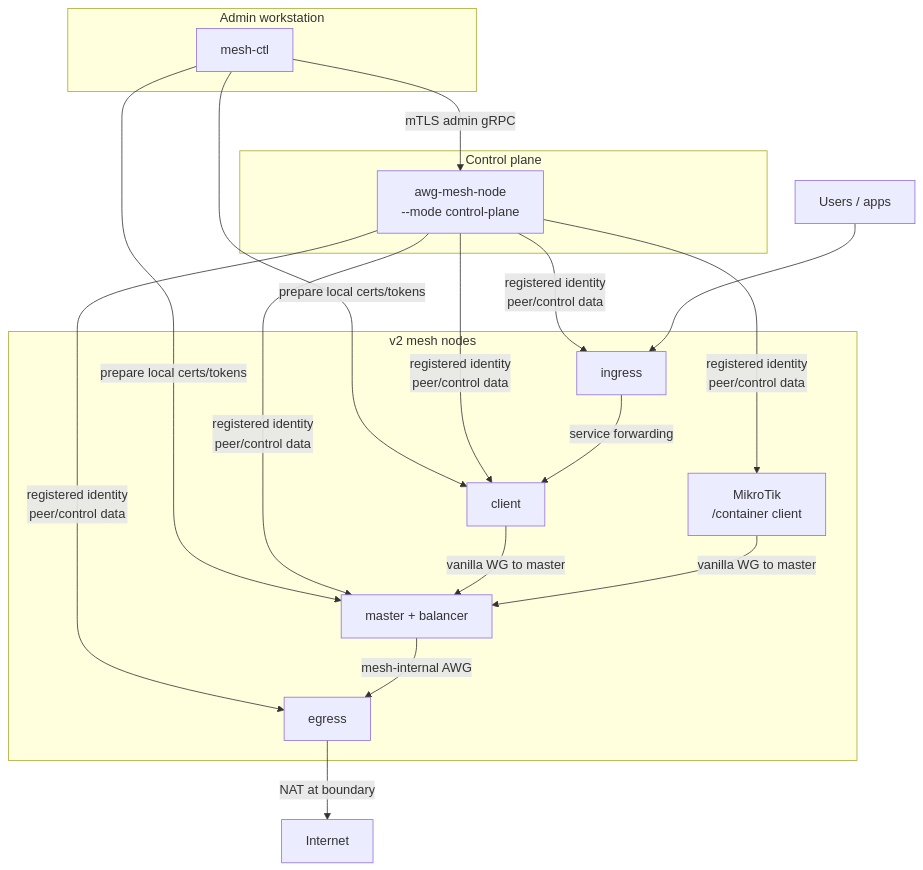
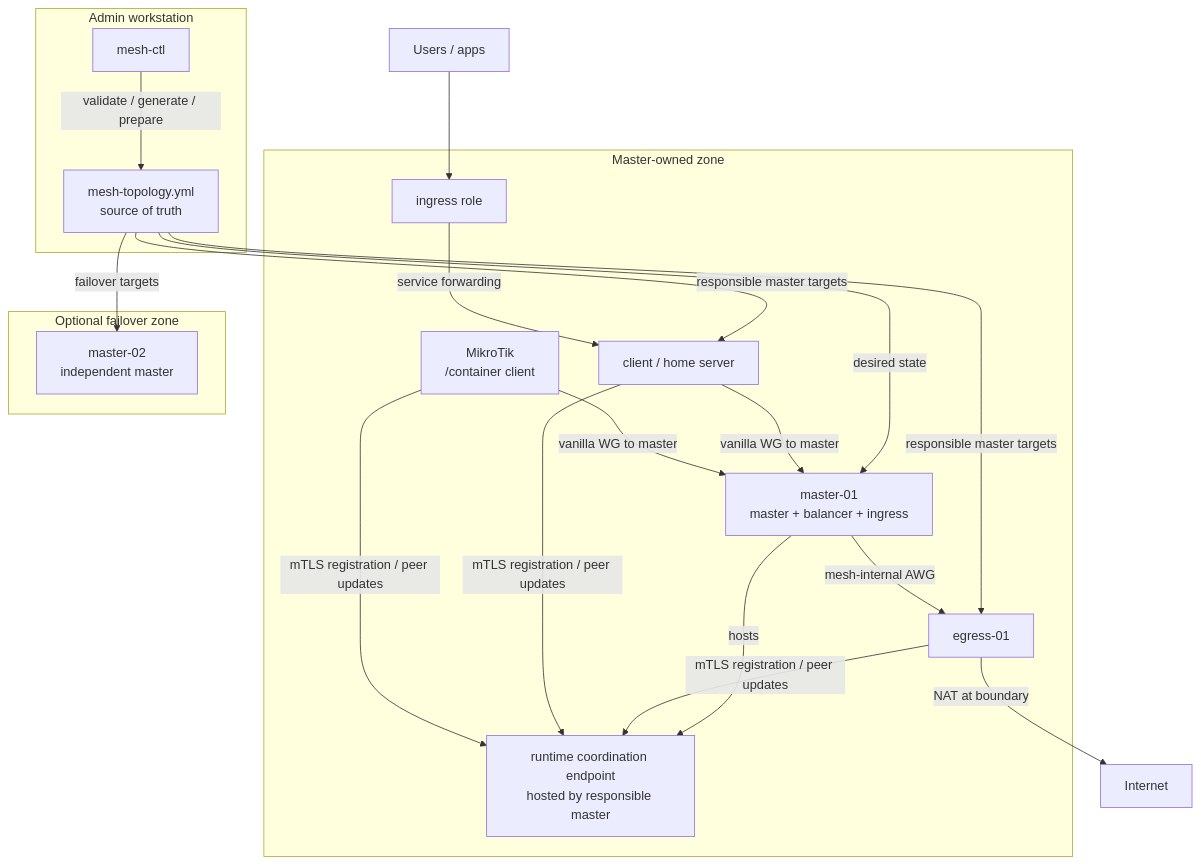
One commit to coonfuuseed-paandaa/awg-mesh changed the diagram in README.ru.md. Above: the diagram before and after it, drawn with Mermaid. The commit also changed other lines of this file, not shown here.

Commit message:
docs(readme): sync Russian v2 architecture [T004]

````diff
--- a/README.ru.md
+++ b/README.ru.md
@@ -21,36 +21,39 @@
 ```mermaid
 graph TB
     subgraph Admin["Admin workstation"]
         ctl["mesh-ctl"]
+        topo["mesh-topology.yml\nsource of truth"]
     end
 
-    subgraph Control["Control plane"]
-        cp["awg-mesh-node\n--mode control-plane"]
+    subgraph ZoneA["Master-owned zone"]
+        master["master-01\nmaster + balancer + ingress"]
+        coord["runtime coordination endpoint\nhosted by responsible master"]
+        egress["egress-01"]
+        ingress["ingress role"]
+        client["client / home server"]
+        mt["MikroTik\n/container client"]
     end
 
-    subgraph Mesh["v2 mesh nodes"]
-        master["master + balancer"]
-        egress["egress"]
-        ingress["ingress"]
-        client["client"]
-        mt["MikroTik\n/container client"]
+    subgraph Failover["Optional failover zone"]
+        master2["master-02\nindependent master"]
     end
 
     user["Users / apps"]
     internet["Internet"]
 
-    ctl -- "mTLS admin gRPC" --> cp
-    ctl -- "prepare local certs/tokens" --> client
-    ctl -- "prepare local certs/tokens" --> master
-    cp -- "registered identity\npeer/control data" --> master
-    cp -- "registered identity\npeer/control data" --> egress
-    cp -- "registered identity\npeer/control data" --> ingress
-    cp -- "registered identity\npeer/control data" --> client
-    cp -- "registered identity\npeer/control data" --> mt
+    ctl -- "validate / generate / prepare" --> topo
+    topo -- "desired state" --> master
+    topo -- "responsible master targets" --> egress
+    topo -- "responsible master targets" --> client
+    topo -- "failover targets" --> master2
+    master -- "hosts" --> coord
+    egress -- "mTLS registration / peer updates" --> coord
+    client -- "mTLS registration / peer updates" --> coord
+    mt -- "mTLS registration / peer updates" --> coord
     client -- "vanilla WG to master" --> master
     mt -- "vanilla WG to master" --> master
     master -- "mesh-internal AWG" --> egress
     ingress -- "service forwarding" --> client
     egress -- "NAT at boundary" --> internet
     user --> ingress
 ```
````
